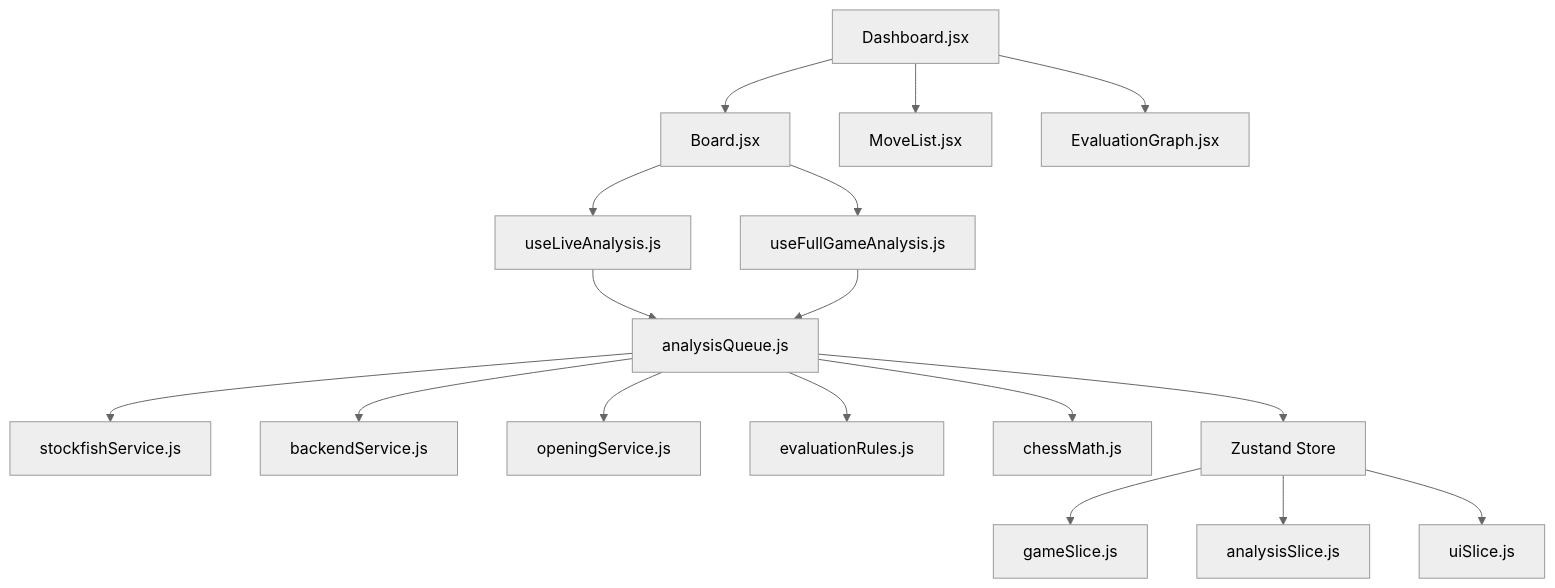
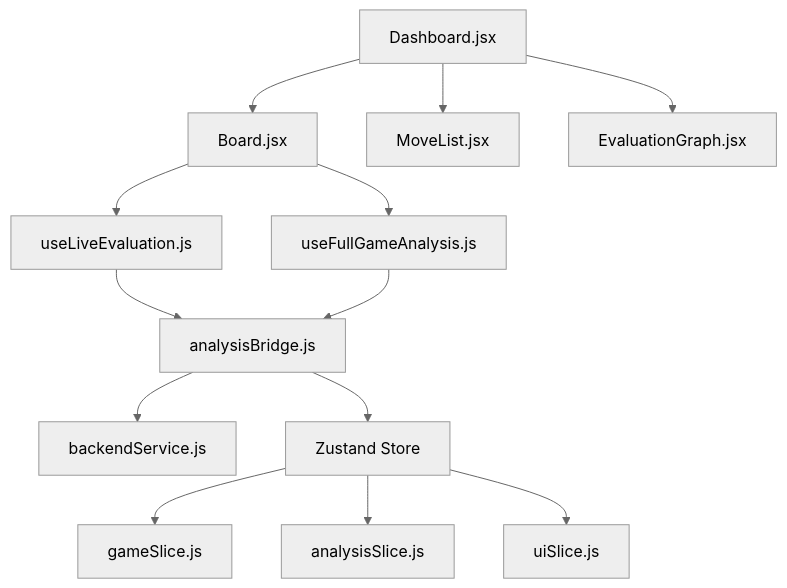
The diagram in ARCHITECTURE_frontend.md (HugoFucksmann/tableroAnalisis), drawn with Mermaid (neutral theme) before and after one commit. The commit also changed other lines of this file and 25 other files, not shown here.

````diff
--- a/ARCHITECTURE_frontend.md
+++ b/ARCHITECTURE_frontend.md
@@ -19,23 +17,19 @@
 ```mermaid
 graph TD
     Dashboard[Dashboard.jsx] --> Board[Board.jsx]
     Dashboard --> ML[MoveList.jsx]
     Dashboard --> EG[EvaluationGraph.jsx]
 
-    Board --> HookLA[useLiveAnalysis.js]
+    Board --> HookLA[useLiveEvaluation.js]
     Board --> HookFA[useFullGameAnalysis.js]
 
-    HookLA --> AQ[analysisQueue.js]
-    HookFA --> AQ
+    HookLA --> AB[analysisBridge.js]
+    HookFA --> AB
 
-    AQ --> SS[stockfishService.js]
-    AQ --> BS[backendService.js]
-    AQ --> OS[openingService.js]
-    AQ --> ER[evaluationRules.js]
-    AQ --> CM[chessMath.js]
-
-    AQ --> Store[Zustand Store]
+    AB --> BS[backendService.js]
+    
+    AB --> Store[Zustand Store]
     Store --> GS[gameSlice.js]
     Store --> AS[analysisSlice.js]
     Store --> US[uiSlice.js]
 ```
````
